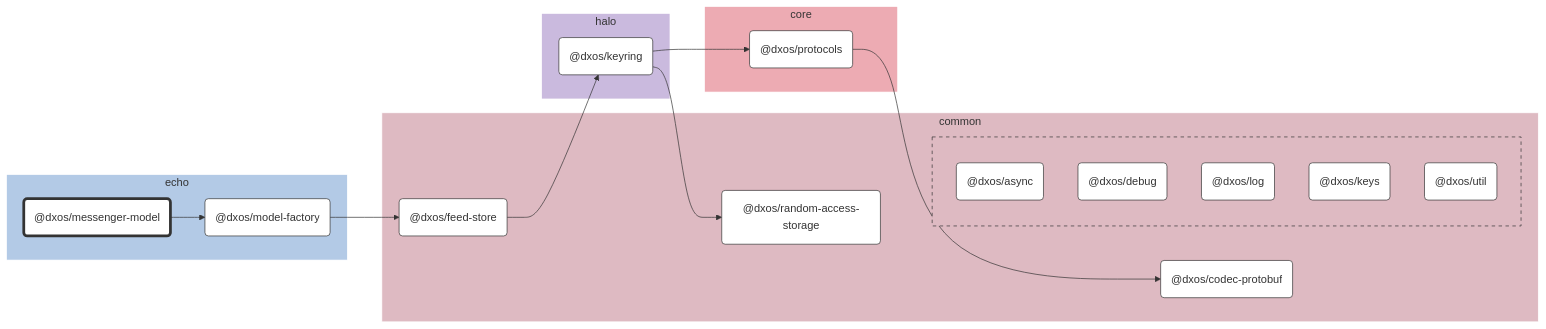
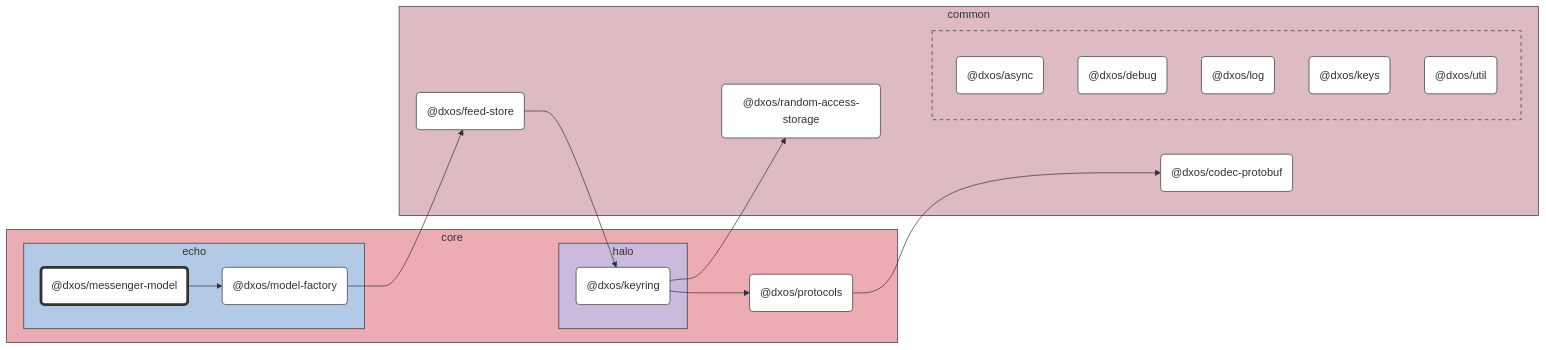
One commit to dxos/dxos changed the diagram in packages/core/echo/messenger-model/docs/README.md. Above: the diagram before and after it, drawn with Mermaid. The commit also changed 89 other files, not shown here.

````diff
--- a/packages/core/echo/messenger-model/docs/README.md
+++ b/packages/core/echo/messenger-model/docs/README.md
@@ -7,64 +7,64 @@
 ```mermaid
 %%{ init: {'flowchart':{'curve':'basis'}} }%%
 
 flowchart LR
 
 %% Classes
 classDef def fill:#fff,stroke:#333,stroke-width:1px
 classDef root fill:#fff,stroke:#333,stroke-width:4px
 
 %% Nodes
 
-subgraph echo [echo]
-  style echo fill:#b3cae6,stroke:#fff
-  dxos/messenger-model("@dxos/messenger-model"):::root
-  click dxos/messenger-model "dxos/dxos/tree/main/packages/core/echo/messenger-model/docs"
-  dxos/model-factory("@dxos/model-factory"):::def
-  click dxos/model-factory "dxos/dxos/tree/main/packages/core/echo/model-factory/docs"
+subgraph core [core]
+  style core fill:#edabb3,stroke:#333
+  dxos/protocols("@dxos/protocols"):::def
+  click dxos/protocols "dxos/dxos/tree/main/packages/core/protocols/docs"
+
+  subgraph echo [echo]
+    style echo fill:#b3cae6,stroke:#333
+    dxos/messenger-model("@dxos/messenger-model"):::root
+    click dxos/messenger-model "dxos/dxos/tree/main/packages/core/echo/messenger-model/docs"
+    dxos/model-factory("@dxos/model-factory"):::def
+    click dxos/model-factory "dxos/dxos/tree/main/packages/core/echo/model-factory/docs"
+  end
+
+  subgraph halo [halo]
+    style halo fill:#cabade,stroke:#333
+    dxos/keyring("@dxos/keyring"):::def
+    click dxos/keyring "dxos/dxos/tree/main/packages/core/halo/keyring/docs"
+  end
 end
 
 subgraph common [common]
-  style common fill:#debac2,stroke:#fff
+  style common fill:#debac2,stroke:#333
   dxos/codec-protobuf("@dxos/codec-protobuf"):::def
   click dxos/codec-protobuf "dxos/dxos/tree/main/packages/common/codec-protobuf/docs"
   dxos/feed-store("@dxos/feed-store"):::def
   click dxos/feed-store "dxos/dxos/tree/main/packages/common/feed-store/docs"
   dxos/random-access-storage("@dxos/random-access-storage"):::def
   click dxos/random-access-storage "dxos/dxos/tree/main/packages/common/random-access-storage/docs"
 
-  subgraph common-excluded [ ]
-    style common-excluded fill:#debac2,stroke:#333,stroke-dasharray:5 5
+  subgraph _ [ ]
+    style _ fill:#debac2,stroke:#333,stroke-dasharray:5 5
     dxos/async("@dxos/async"):::def
     click dxos/async "dxos/dxos/tree/main/packages/common/async/docs"
     dxos/debug("@dxos/debug"):::def
     click dxos/debug "dxos/dxos/tree/main/packages/common/debug/docs"
     dxos/log("@dxos/log"):::def
     click dxos/log "dxos/dxos/tree/main/packages/common/log/docs"
     dxos/keys("@dxos/keys"):::def
     click dxos/keys "dxos/dxos/tree/main/packages/common/keys/docs"
     dxos/util("@dxos/util"):::def
     click dxos/util "dxos/dxos/tree/main/packages/common/util/docs"
   end
 end
 
-subgraph halo [halo]
-  style halo fill:#cabade,stroke:#fff
-  dxos/keyring("@dxos/keyring"):::def
-  click dxos/keyring "dxos/dxos/tree/main/packages/core/halo/keyring/docs"
-end
-
-subgraph core [core]
-  style core fill:#edabb3,stroke:#fff
-  dxos/protocols("@dxos/protocols"):::def
-  click dxos/protocols "dxos/dxos/tree/main/packages/core/protocols/docs"
-end
-
 %% Links
 linkStyle default stroke:#333,stroke-width:1px
 dxos/messenger-model --> dxos/model-factory
 dxos/model-factory --> dxos/feed-store
 dxos/feed-store --> dxos/keyring
 dxos/keyring --> dxos/protocols
 dxos/protocols --> dxos/codec-protobuf
 dxos/keyring --> dxos/random-access-storage
 ```
````
